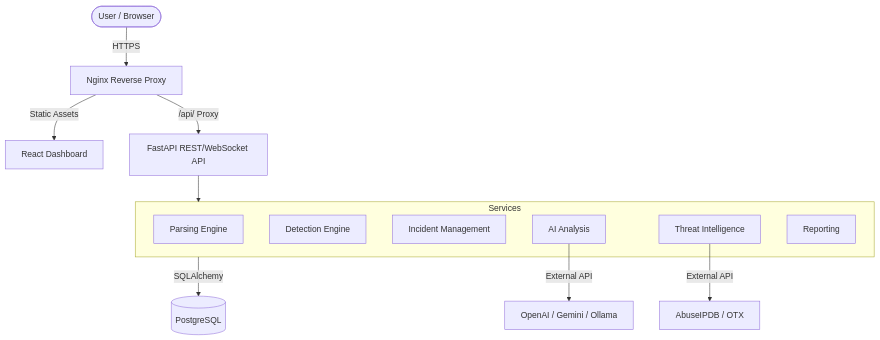
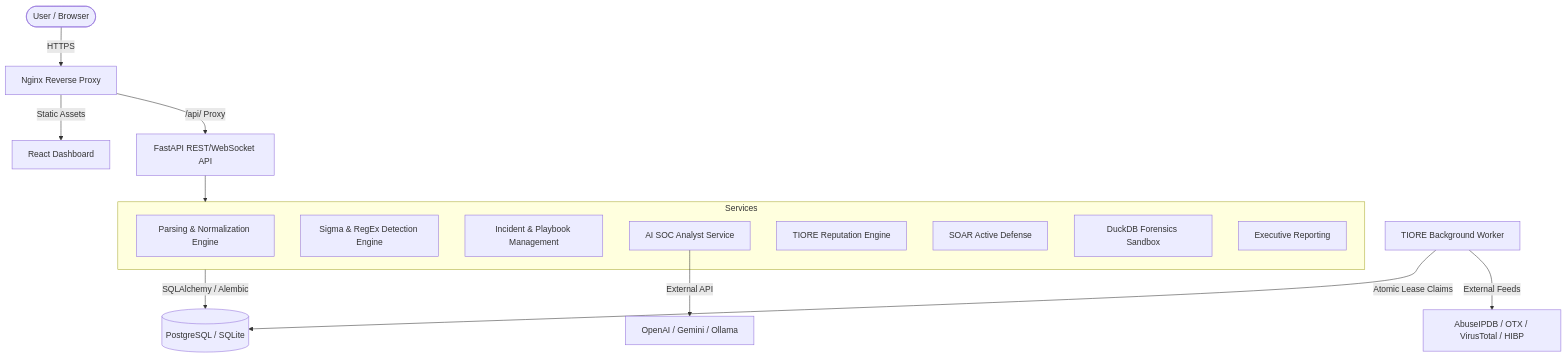
The diagram in README.md (kharbashpriyanshu/LogSentry), drawn with Mermaid before and after one commit. The commit also changed other lines of this file and 14 other files, not shown here.

````diff
--- a/README.md
+++ b/README.md
@@ -34,27 +36,31 @@
 ```mermaid
 graph TD
     User([User / Browser])
     Nginx[Nginx Reverse Proxy]
     React[React Dashboard]
     API[FastAPI REST/WebSocket API]
-    DB[(PostgreSQL)]
+    DB[(PostgreSQL / SQLite)]
+    Worker[TIORE Background Worker]
 
     User -->|HTTPS| Nginx
     Nginx -->|Static Assets| React
     Nginx -->|/api/ Proxy| API
     
     subgraph Services
-        Parsing[Parsing Engine]
-        Detection[Detection Engine]
-        Incident[Incident Management]
-        AI[AI Analysis]
-        Threat[Threat Intelligence]
-        Reporting[Reporting]
+        Parsing[Parsing & Normalization Engine]
+        Detection[Sigma & RegEx Detection Engine]
+        Incident[Incident & Playbook Management]
+        AI[AI SOC Analyst Service]
+        TIORE[TIORE Reputation Engine]
+        SOAR[SOAR Active Defense]
+        Hunting[DuckDB Forensics Sandbox]
+        Reporting[Executive Reporting]
     end
 
     API --> Services
-    Services -->|SQLAlchemy| DB
+    Services -->|SQLAlchemy / Alembic| DB
+    Worker -->|Atomic Lease Claims| DB
+    Worker -->|External Feeds| Feeds[AbuseIPDB / OTX / VirusTotal / HIBP]
 
     AI -->|External API| LLM[OpenAI / Gemini / Ollama]
-    Threat -->|External API| AbuseIPDB[AbuseIPDB / OTX]
 ```
````
